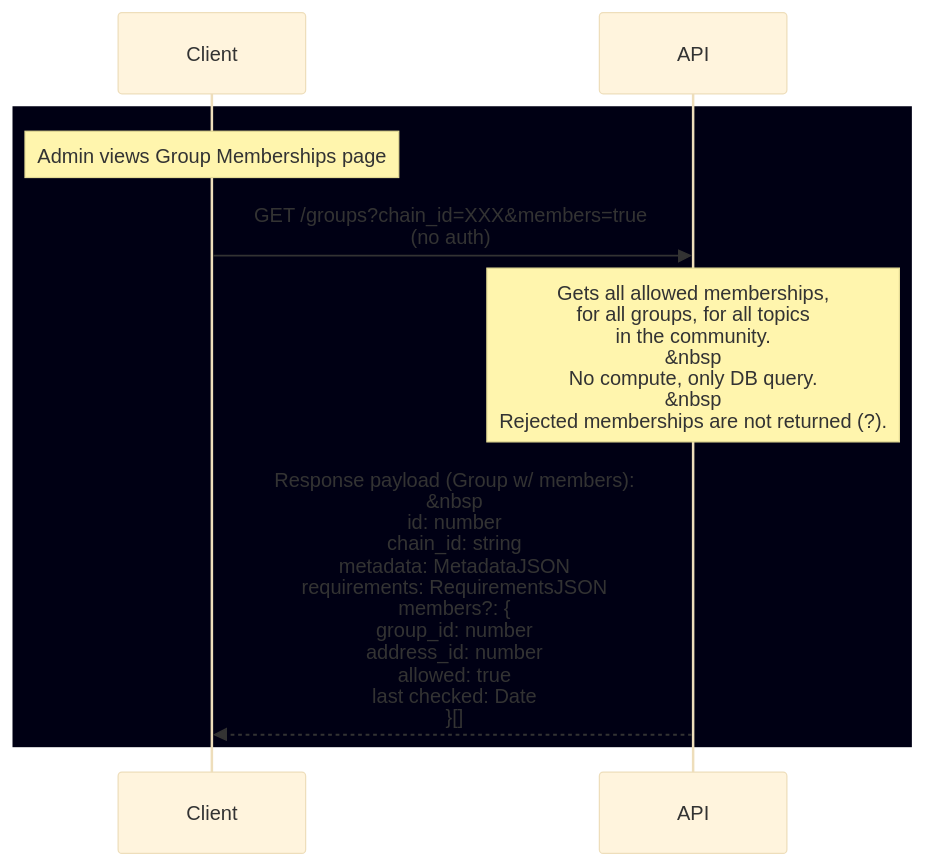
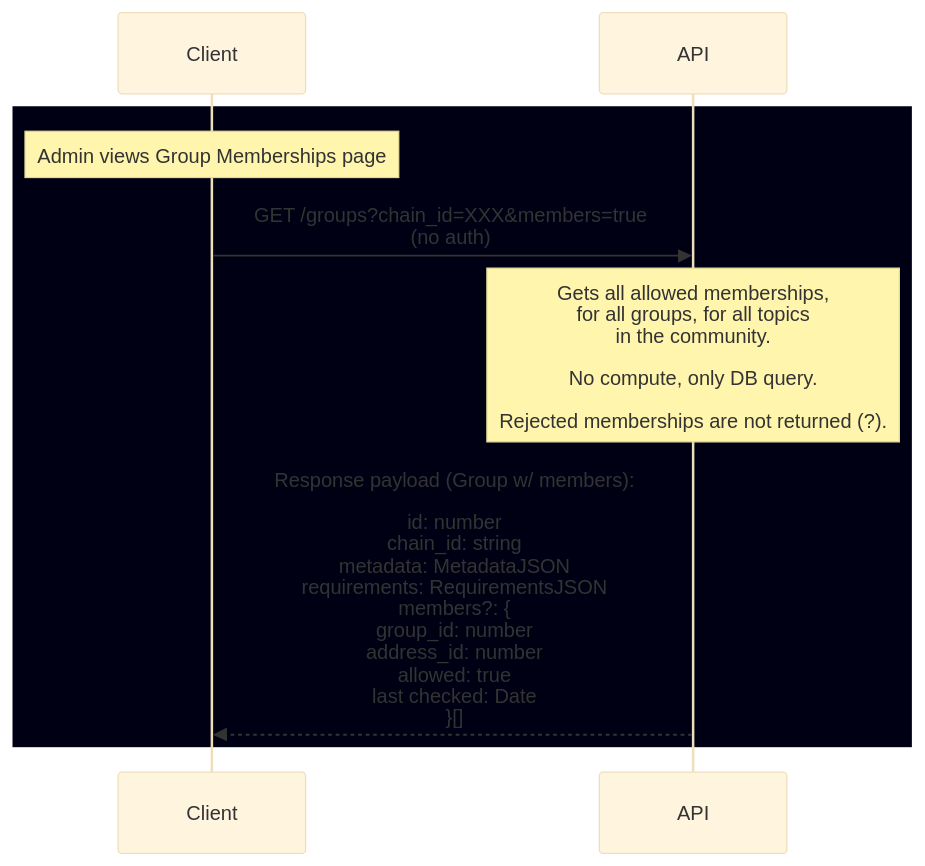
One commit to hicommonwealth/commonwealth changed the fourth of 5 diagrams in knowledge_base/Groups.md. Above: the diagram before and after it, drawn with Mermaid (base theme). The commit also changed other lines of this file, not shown here.

Commit message:
Update Mermaid line break syntax

````diff
--- a/knowledge_base/Groups.md
+++ b/knowledge_base/Groups.md
@@ -74,15 +74,15 @@
 ```mermaid
 sequenceDiagram
 
   rect rgb(0, 0, 20)
 
   Note over Client: Admin views Group Memberships page
 
-  Client ->> API: GET /groups?chain_id=XXX&members=true <br/>(no auth)
+  Client ->> API: GET /groups?chain_id=XXX&members=true <br>(no auth)
 
-  Note over API: Gets all allowed memberships, <br/> for all groups, for all topics <br/> in the community. <br/> &nbsp <br/> No compute, only DB query. <br/> &nbsp <br/> Rejected memberships are not returned (?).
+  Note over API: Gets all allowed memberships, <br> for all groups, for all topics <br> in the community. <br><br> No compute, only DB query. <br><br> Rejected memberships are not returned (?).
 
-  API -->> Client: Response payload (Group w/ members): <br/> &nbsp <br/> id: number <br/> chain_id: string <br/> metadata: MetadataJSON <br/> requirements: RequirementsJSON <br/> members?: { <br/> group_id: number <br/> address_id: number <br/> allowed: true <br/> last checked: Date<br/>}[]
+  API -->> Client: Response payload (Group w/ members): <br><br> id: number <br> chain_id: string <br> metadata: MetadataJSON <br> requirements: RequirementsJSON <br> members?: { <br> group_id: number <br> address_id: number <br> allowed: true <br> last checked: Date<br>}[]
 
   end
 ```
````
